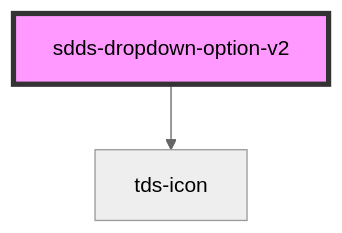
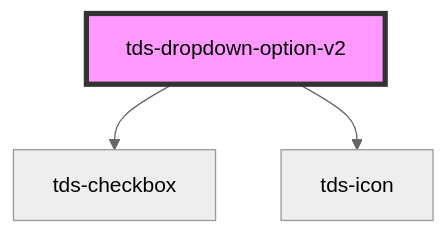
The diagram in core/src/components/dropdown-v2/dropdown-option-v2/readme.md (scania-digital-design-system/tegel), drawn with Mermaid (neutral theme) before and after one commit. The commit also changed other lines of this file and 11 other files, not shown here.

````diff
--- a/core/src/components/dropdown-v2/dropdown-option-v2/readme.md
+++ b/core/src/components/dropdown-v2/dropdown-option-v2/readme.md
@@ -45,5 +46,6 @@
 ```mermaid
 graph TD;
-  sdds-dropdown-option-v2 --> tds-icon
-  style sdds-dropdown-option-v2 fill:#f9f,stroke:#333,stroke-width:4px
+  tds-dropdown-option-v2 --> tds-checkbox
+  tds-dropdown-option-v2 --> tds-icon
+  style tds-dropdown-option-v2 fill:#f9f,stroke:#333,stroke-width:4px
 ```
````
